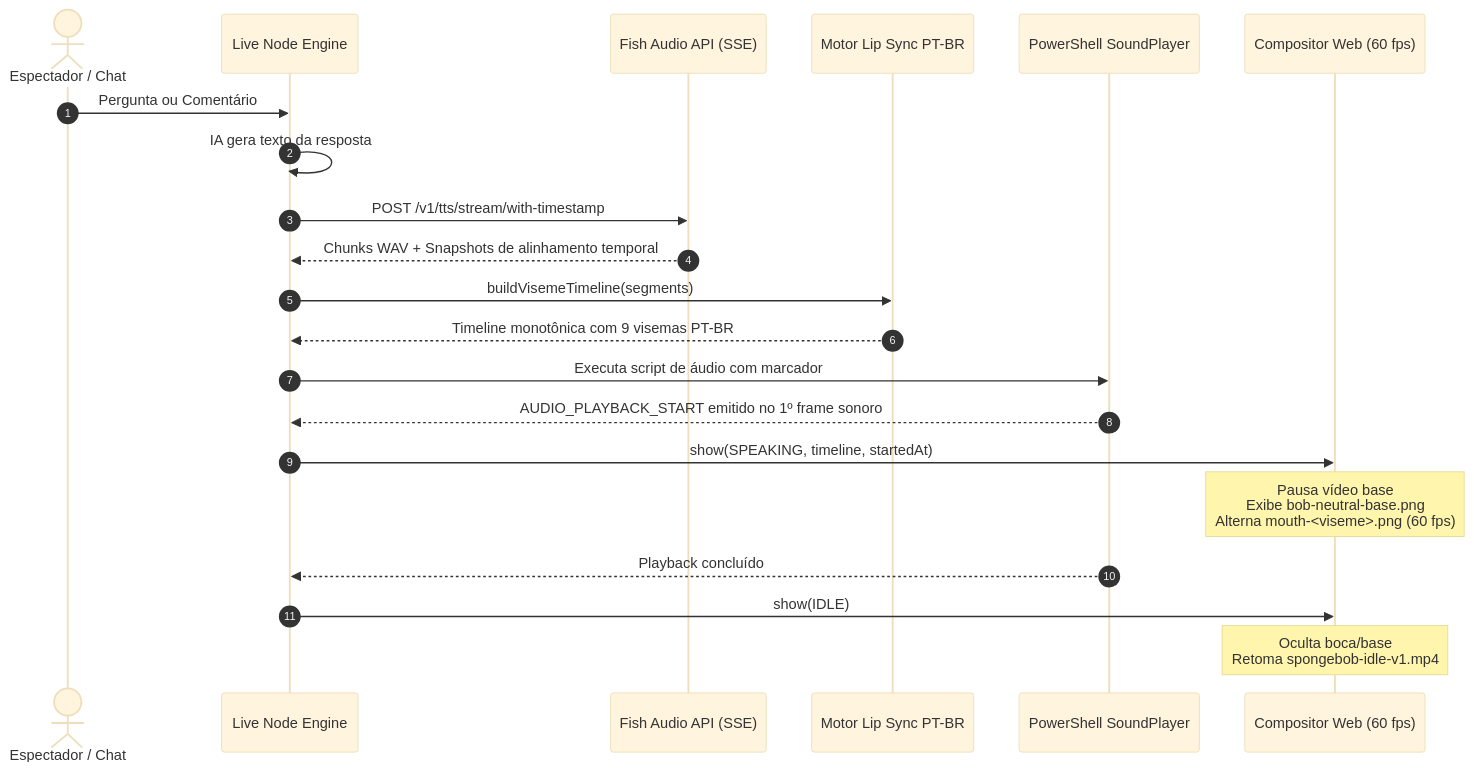
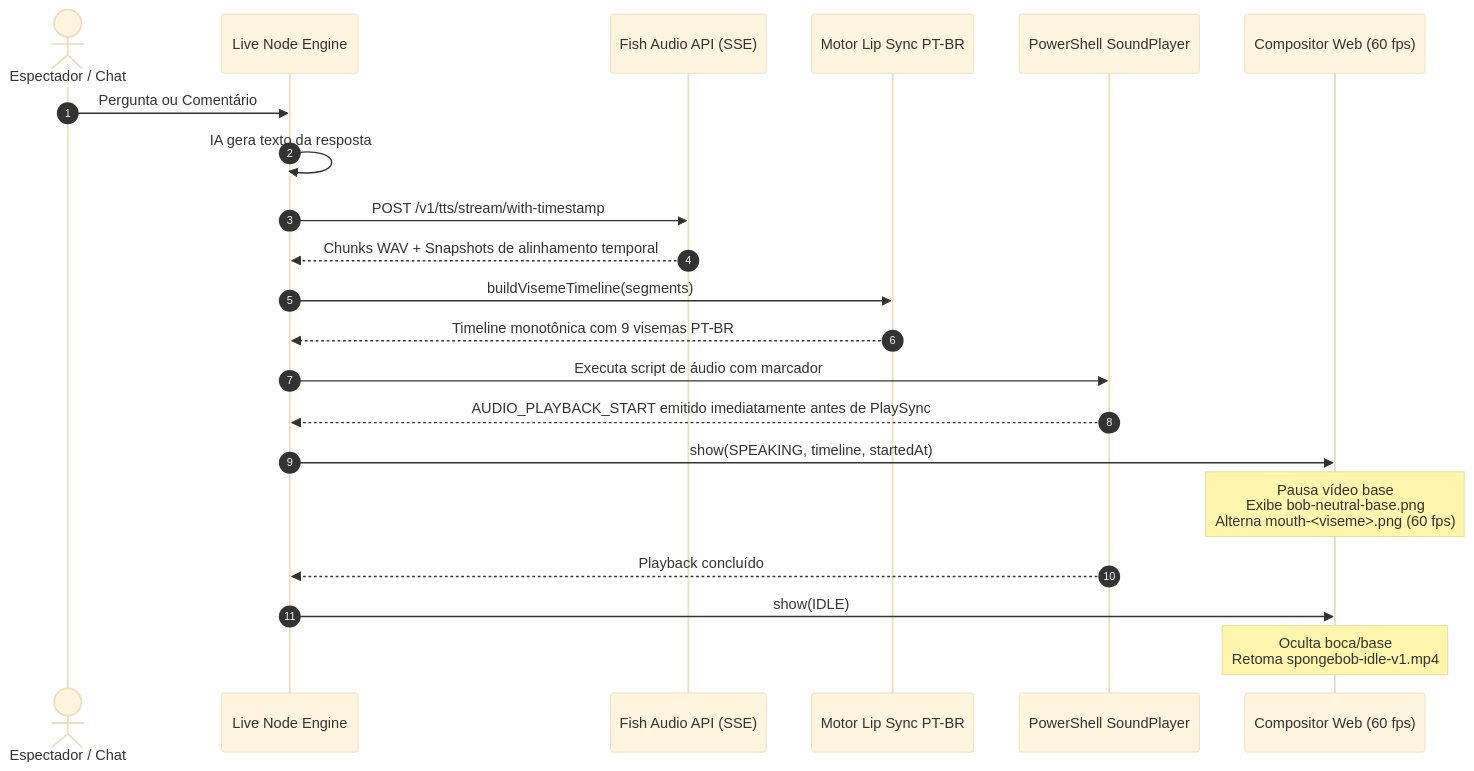
Before and after one commit to vanzer80/liveiapersonagens: the diagram in docs/mvp6-lipsync-walkthrough.md, drawn with Mermaid (base theme). The commit also changed other lines of this file and 8 other files, not shown here.

````diff
--- a/docs/mvp6-lipsync-walkthrough.md
+++ b/docs/mvp6-lipsync-walkthrough.md
@@ -9,24 +9,24 @@
 ```mermaid
 sequenceDiagram
     autonumber
     actor Spectator as Espectador / Chat
     participant LiveEngine as Live Node Engine
     participant FishAudio as Fish Audio API (SSE)
     participant LipSync as Motor Lip Sync PT-BR
     participant WindowsSound as PowerShell SoundPlayer
     participant BrowserPreview as Compositor Web (60 fps)
 
     Spectator->>LiveEngine: Pergunta ou Comentário
     LiveEngine->>LiveEngine: IA gera texto da resposta
     LiveEngine->>FishAudio: POST /v1/tts/stream/with-timestamp
     FishAudio-->>LiveEngine: Chunks WAV + Snapshots de alinhamento temporal
     LiveEngine->>LipSync: buildVisemeTimeline(segments)
     LipSync-->>LiveEngine: Timeline monotônica com 9 visemas PT-BR
     LiveEngine->>WindowsSound: Executa script de áudio com marcador
-    WindowsSound-->>LiveEngine: AUDIO_PLAYBACK_START emitido no 1º frame sonoro
+    WindowsSound-->>LiveEngine: AUDIO_PLAYBACK_START emitido imediatamente antes de PlaySync
     LiveEngine->>BrowserPreview: show(SPEAKING, timeline, startedAt)
     Note over BrowserPreview: Pausa vídeo base<br/>Exibe bob-neutral-base.png<br/>Alterna mouth-<viseme>.png (60 fps)
     WindowsSound-->>LiveEngine: Playback concluído
     LiveEngine->>BrowserPreview: show(IDLE)
     Note over BrowserPreview: Oculta boca/base<br/>Retoma spongebob-idle-v1.mp4
 ```
````
